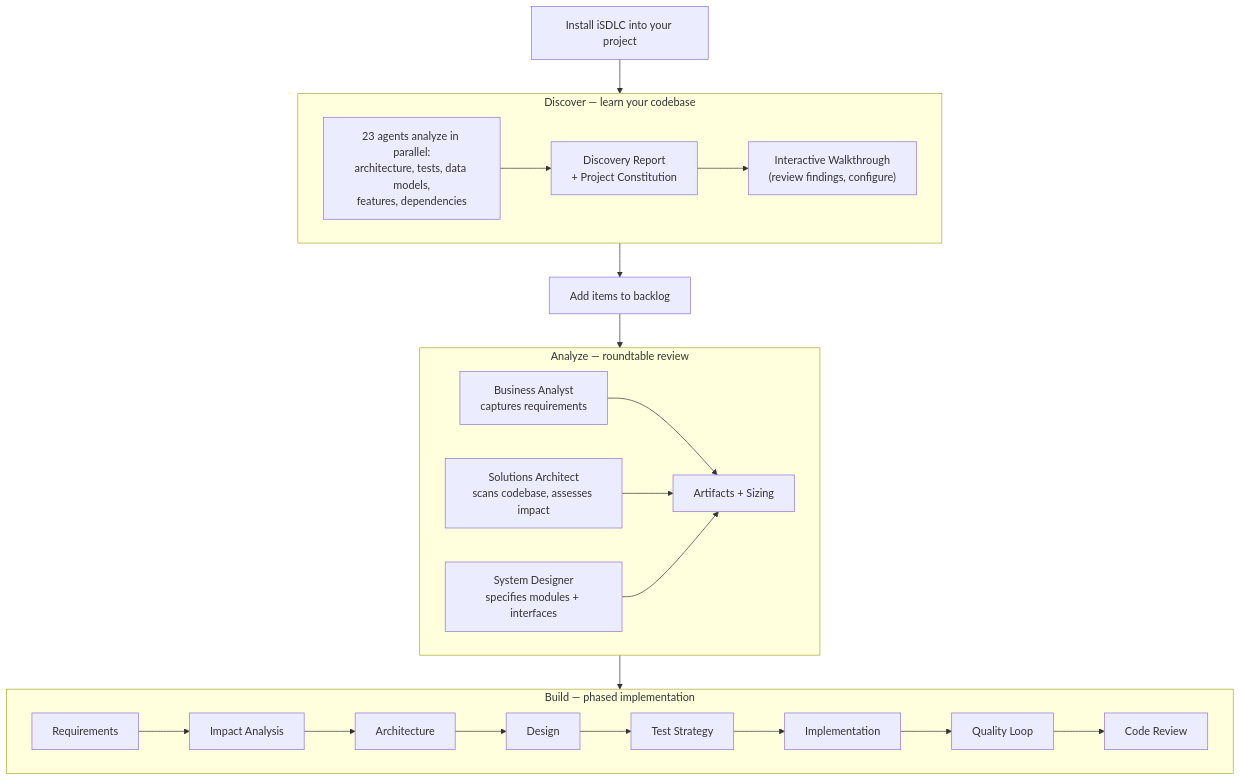
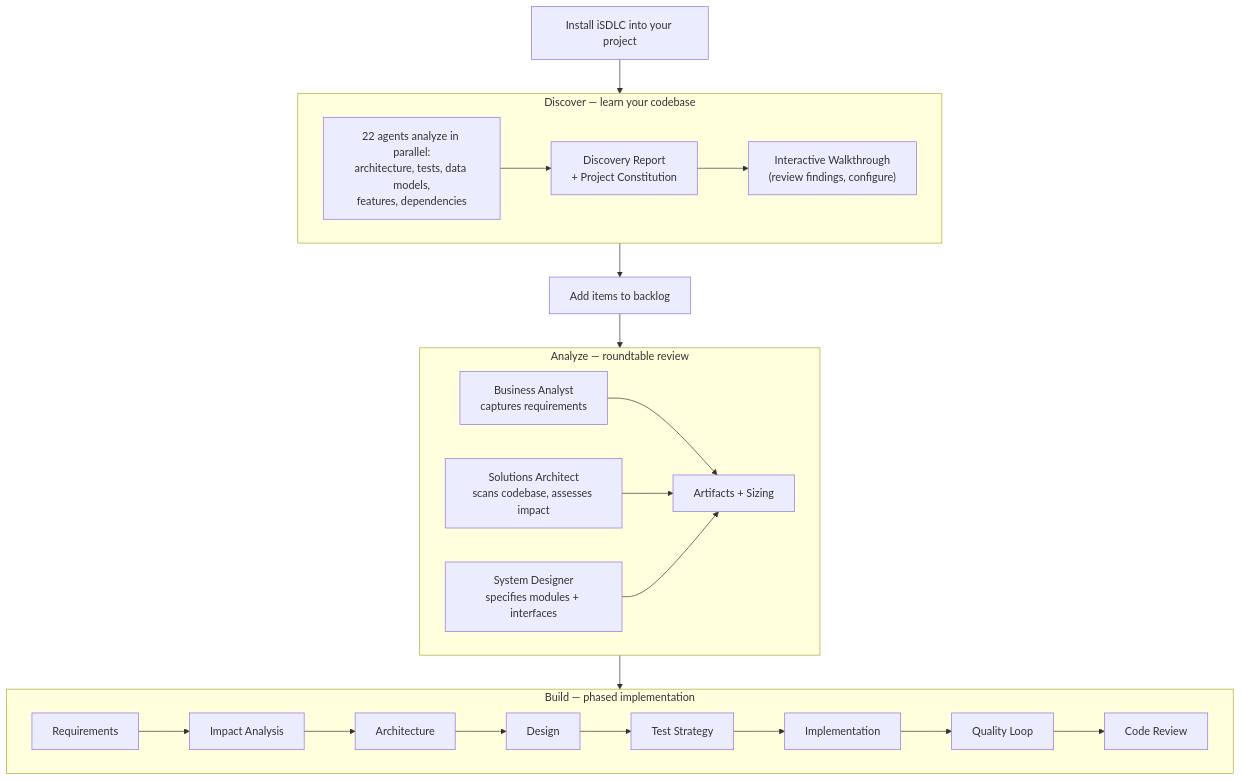
One commit to vihang-hub/isdlc-framework changed the diagram in README.md. Above: the diagram before and after it, drawn with Mermaid. The commit also changed other lines of this file and 2 other files, not shown here.

````diff
--- a/README.md
+++ b/README.md
@@ -284,35 +285,35 @@
 ```mermaid
 flowchart TD
     START["Install iSDLC into your project"] --> DISCOVER
 
     subgraph DISCOVER["Discover — learn your codebase"]
-        D1["23 agents analyze in parallel:\narchitecture, tests, data models,\nfeatures, dependencies"]
+        D1["22 agents analyze in parallel:\narchitecture, tests, data models,\nfeatures, dependencies"]
         D1 --> D2["Discovery Report\n+ Project Constitution"]
         D2 --> D3["Interactive Walkthrough\n(review findings, configure)"]
     end
 
     DISCOVER --> BACKLOG["Add items to backlog"]
 
     BACKLOG --> ANALYZE
 
     subgraph ANALYZE["Analyze — roundtable review"]
         A1["Business Analyst\ncaptures requirements"]
         A2["Solutions Architect\nscans codebase, assesses impact"]
         A3["System Designer\nspecifies modules + interfaces"]
         A1 --> A4["Artifacts + Sizing"]
         A2 --> A4
         A3 --> A4
     end
 
     ANALYZE --> BUILD
 
     subgraph BUILD["Build — phased implementation"]
         B1["Requirements"] --> B2["Impact Analysis"]
         B2 --> B3["Architecture"]
         B3 --> B4["Design"]
         B4 --> B5["Test Strategy"]
         B5 --> B6["Implementation"]
         B6 --> B7["Quality Loop"]
         B7 --> B8["Code Review"]
     end
 ```
````
